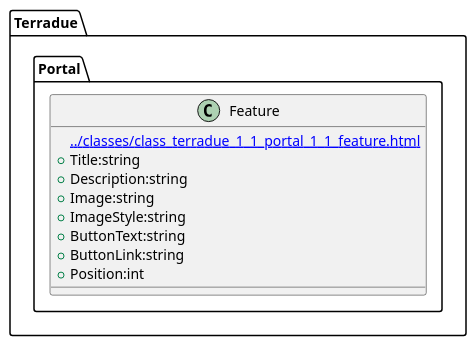
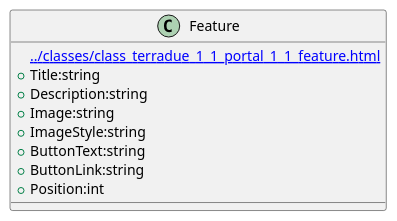
Before and after one commit to urban-tep/DDF-SDD: the diagram in source/classes/class_terradue_1_1_portal_1_1_feature.iuml, drawn with PlantUML. The commit also changed 50 other files, not shown here.

```diff
--- a/source/classes/class_terradue_1_1_portal_1_1_feature.iuml
+++ b/source/classes/class_terradue_1_1_portal_1_1_feature.iuml
@@ -1,13 +1,12 @@
 @startuml
-set namespaceSeparator ::
-class Terradue::Portal::Feature {
+class Feature {
 [[../classes/class_terradue_1_1_portal_1_1_feature.html]]
  +Title:string
  +Description:string
  +Image:string
  +ImageStyle:string
  +ButtonText:string
  +ButtonLink:string
  +Position:int
 }
 @enduml
```
